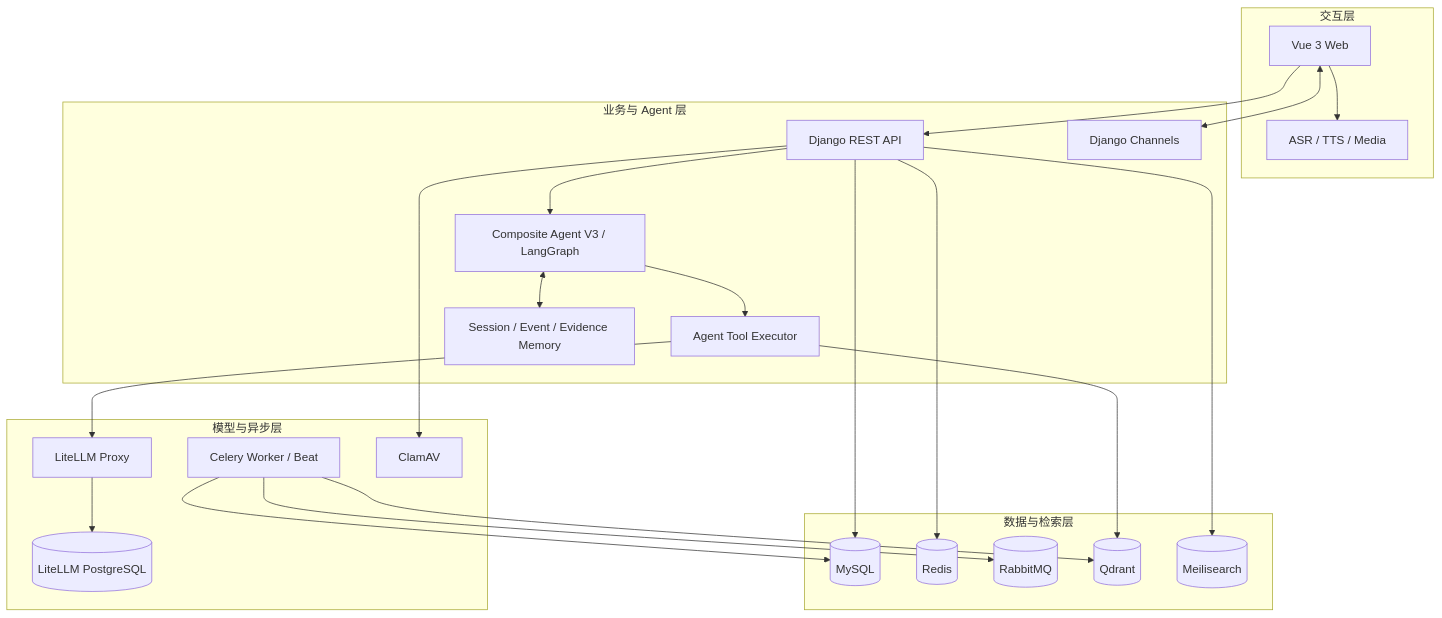
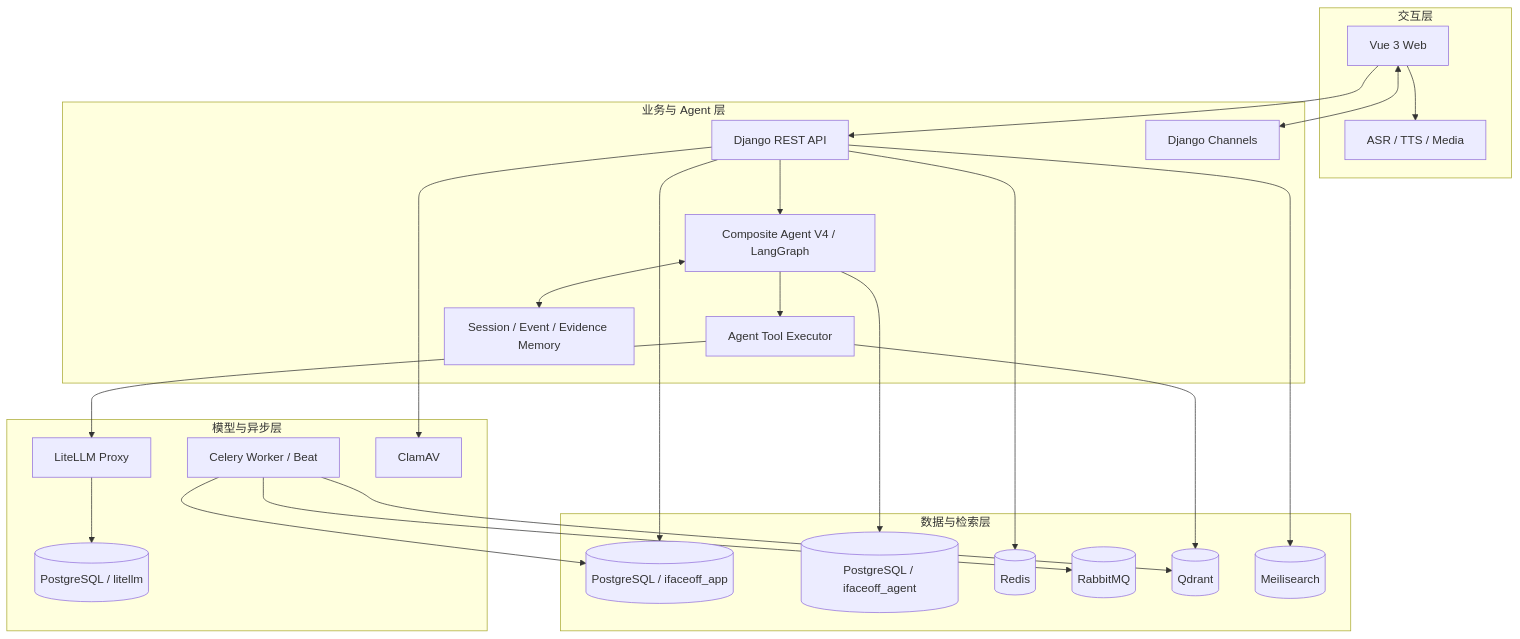
One commit to 6Asmile/AI_interview changed the second of 3 diagrams in README.md. Above: the diagram before and after it, drawn with Mermaid. The commit also changed other lines of this file and 186 other files, not shown here.

````diff
--- a/README.md
+++ b/README.md
@@ -70,47 +70,49 @@
 ```mermaid
 flowchart TB
     subgraph UX["交互层"]
         WEB["Vue 3 Web"]
         SPEECH["ASR / TTS / Media"]
     end
 
     subgraph APP["业务与 Agent 层"]
         API["Django REST API"]
         WS["Django Channels"]
-        AGENT["Composite Agent V3 / LangGraph"]
+        AGENT["Composite Agent V4 / LangGraph"]
         TOOLS["Agent Tool Executor"]
         MEMORY["Session / Event / Evidence Memory"]
     end
 
     subgraph DATA["数据与检索层"]
-        MYSQL[(MySQL)]
+        PGAPP[(PostgreSQL / ifaceoff_app)]
+        PGAGENT[(PostgreSQL / ifaceoff_agent)]
         REDIS[(Redis)]
         MQ[(RabbitMQ)]
         QDRANT[(Qdrant)]
         SEARCH[(Meilisearch)]
     end
 
     subgraph AI["模型与异步层"]
         WORKER["Celery Worker / Beat"]
         GATEWAY["LiteLLM Proxy"]
-        PG[(LiteLLM PostgreSQL)]
+        PGLITELLM[(PostgreSQL / litellm)]
         SCAN["ClamAV"]
     end
 
     WEB --> API
     WEB <--> WS
     WEB --> SPEECH
     API --> AGENT
     AGENT --> TOOLS
     AGENT <--> MEMORY
     TOOLS --> GATEWAY
     TOOLS --> QDRANT
-    API --> MYSQL
+    API --> PGAPP
+    AGENT --> PGAGENT
     API --> REDIS
     API --> SEARCH
     API --> SCAN
     WORKER --> MQ
-    WORKER --> MYSQL
+    WORKER --> PGAPP
     WORKER --> QDRANT
-    GATEWAY --> PG
+    GATEWAY --> PGLITELLM
 ```
````
